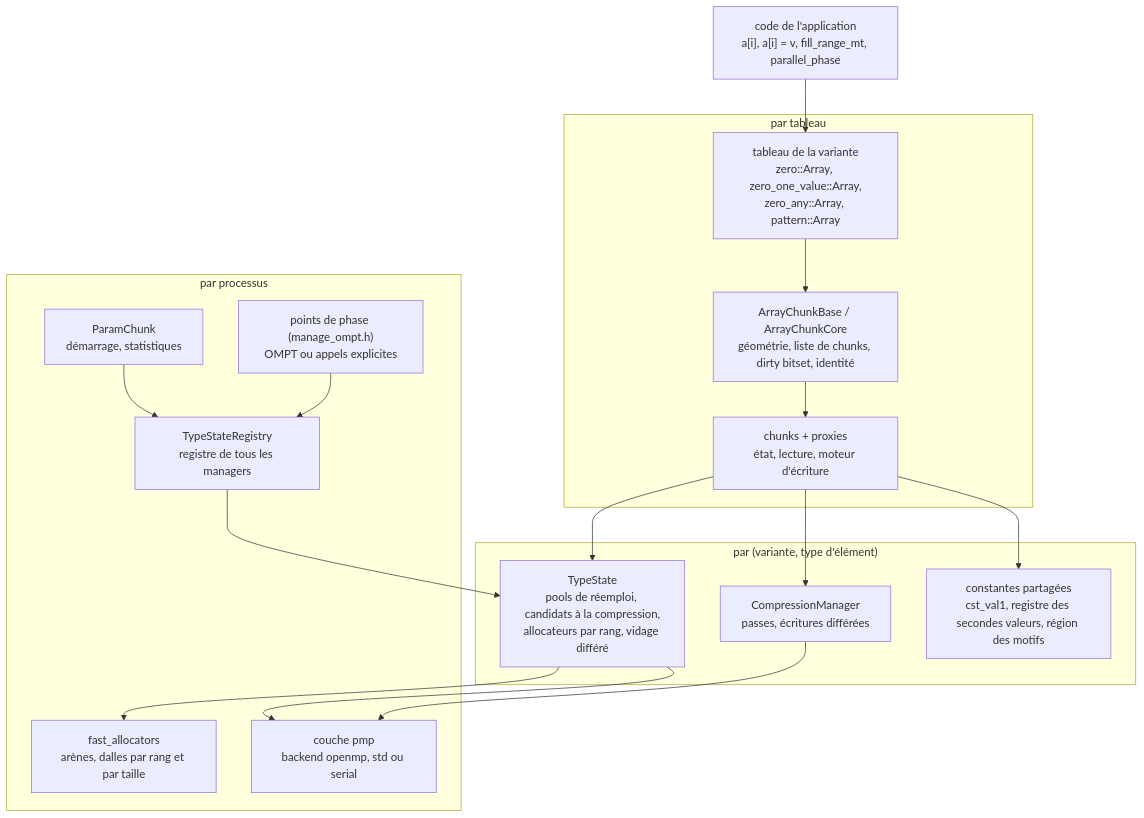
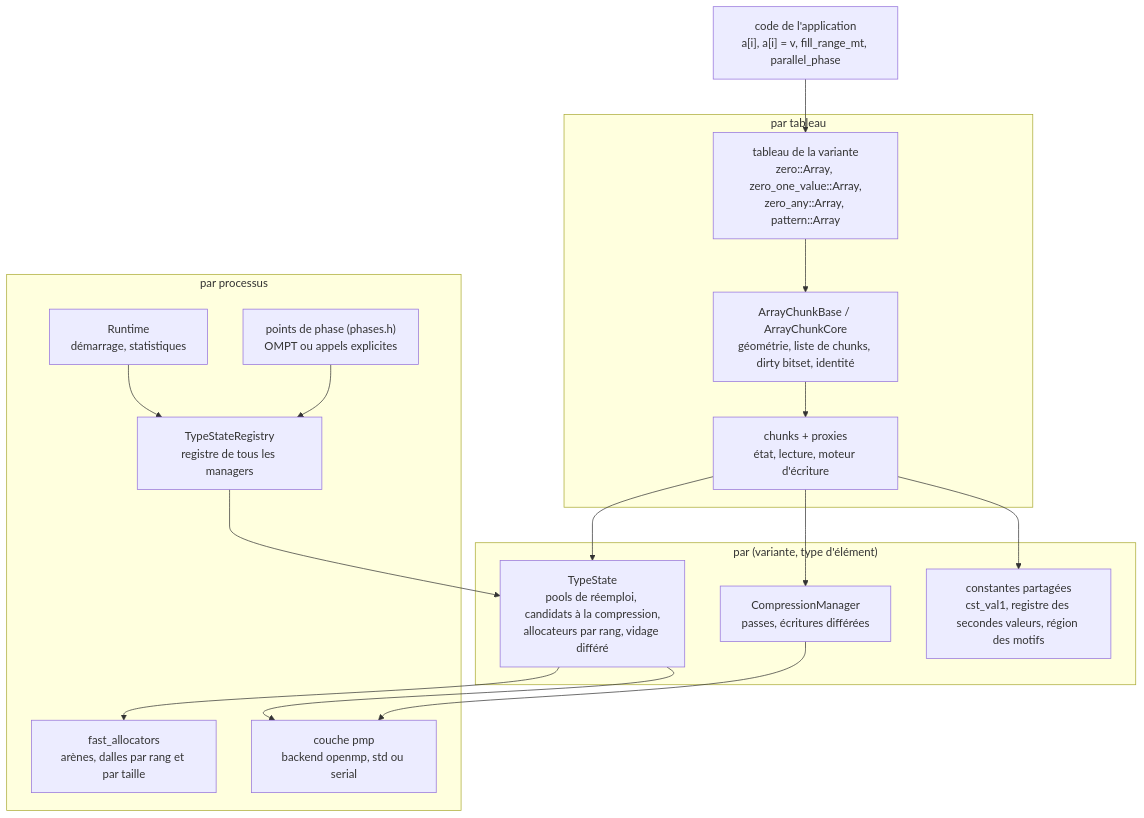
The second of 3 diagrams in docs/conception_fr.md (cea-hpc/shrink-array), drawn with Mermaid before and after one commit. The commit also changed other lines of this file and 141 other files, not shown here.

````diff
--- a/docs/conception_fr.md
+++ b/docs/conception_fr.md
@@ -74,31 +74,31 @@
 ```mermaid
 flowchart TB
     app["code de l'application<br/>a[i], a[i] = v, fill_range_mt, parallel_phase"]
     subgraph per_array["par tableau"]
         arr["tableau de la variante<br/>zero::Array, zero_one_value::Array,<br/>zero_any::Array, pattern::Array"]
         base["ArrayChunkBase / ArrayChunkCore<br/>géométrie, liste de chunks, dirty bitset, identité"]
         chk["chunks + proxies<br/>état, lecture, moteur d'écriture"]
     end
     subgraph per_type["par (variante, type d'élément)"]
         mgr["TypeState<br/>pools de réemploi, candidats à la compression,<br/>allocateurs par rang, vidage différé"]
         cmp["CompressionManager<br/>passes, écritures différées"]
         reg["constantes partagées<br/>cst_val1, registre des secondes valeurs, région des motifs"]
     end
     subgraph per_process["par processus"]
         all["TypeStateRegistry<br/>registre de tous les managers"]
-        par["ParamChunk<br/>démarrage, statistiques"]
-        phase["points de phase (manage_ompt.h)<br/>OMPT ou appels explicites"]
+        par["Runtime<br/>démarrage, statistiques"]
+        phase["points de phase (phases.h)<br/>OMPT ou appels explicites"]
         pmp["couche pmp<br/>backend openmp, std ou serial"]
         fa["fast_allocators<br/>arènes, dalles par rang et par taille"]
     end
     app --> arr --> base --> chk
     chk --> mgr
     chk --> cmp
     chk --> reg
     mgr --> fa
     all --> mgr
     par --> all
     phase --> all
     cmp --> pmp
     mgr --> pmp
 ```
````
